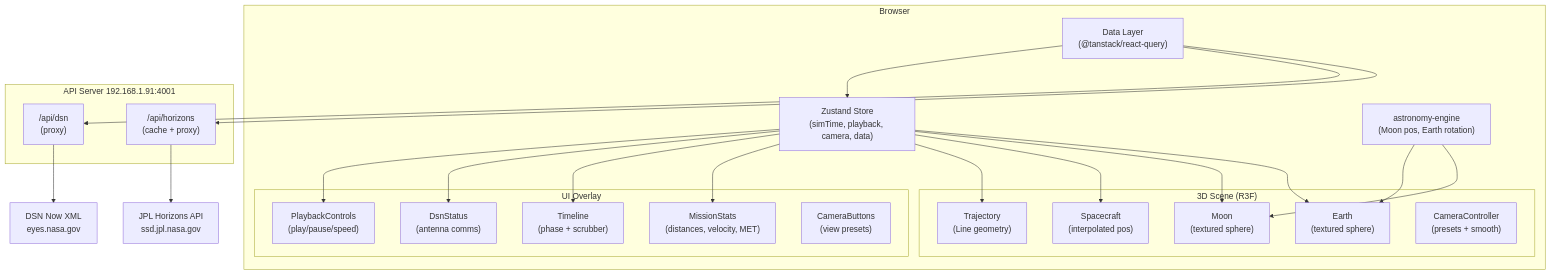
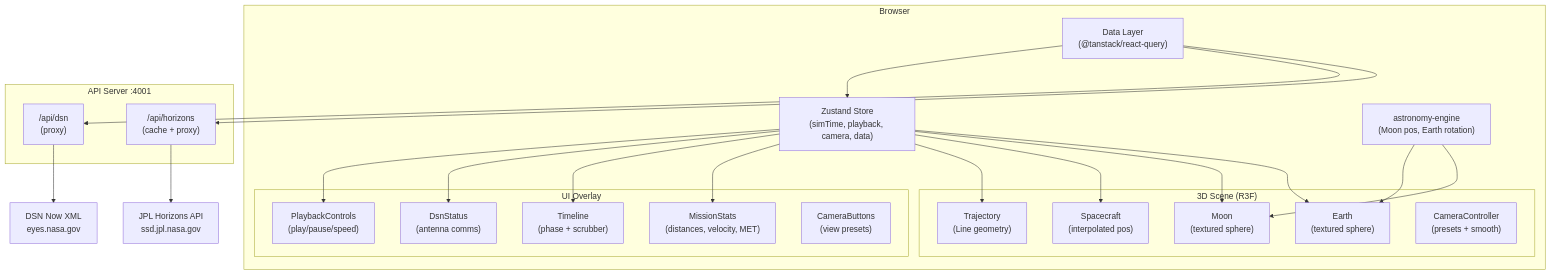
The first of 5 diagrams in PLANS/architecture.md (w00jay/artemisee), drawn with Mermaid before and after one commit. The commit also changed other lines of this file and 8 other files, not shown here.

````diff
--- a/PLANS/architecture.md
+++ b/PLANS/architecture.md
@@ -5,42 +5,42 @@
 ```mermaid
 graph TB
     subgraph Browser
         subgraph "3D Scene (R3F)"
             Earth["Earth\n(textured sphere)"]
             Moon["Moon\n(textured sphere)"]
             Orion["Spacecraft\n(interpolated pos)"]
             Traj["Trajectory\n(Line geometry)"]
             Cam["CameraController\n(presets + smooth)"]
         end
 
         subgraph "UI Overlay"
             Stats["MissionStats\n(distances, velocity, MET)"]
             TL["Timeline\n(phase + scrubber)"]
             DSN["DsnStatus\n(antenna comms)"]
             PB["PlaybackControls\n(play/pause/speed)"]
             CB["CameraButtons\n(view presets)"]
         end
 
         Store["Zustand Store\n(simTime, playback, camera, data)"]
         AE["astronomy-engine\n(Moon pos, Earth rotation)"]
         DL["Data Layer\n(@tanstack/react-query)"]
     end
 
-    subgraph "API Server 192.168.1.91:4001"
+    subgraph "API Server <YOUR_SERVER_IP>:4001"
         API1["/api/horizons\n(cache + proxy)"]
         API2["/api/dsn\n(proxy)"]
     end
 
     JPL["JPL Horizons API\nssd.jpl.nasa.gov"]
     DSNX["DSN Now XML\neyes.nasa.gov"]
 
     DL --> API1
     DL --> API2
     API1 --> JPL
     API2 --> DSNX
 
     Store --> Earth & Moon & Orion & Traj
     Store --> Stats & TL & DSN & PB
     AE --> Moon & Earth
     DL --> Store
 ```
````
